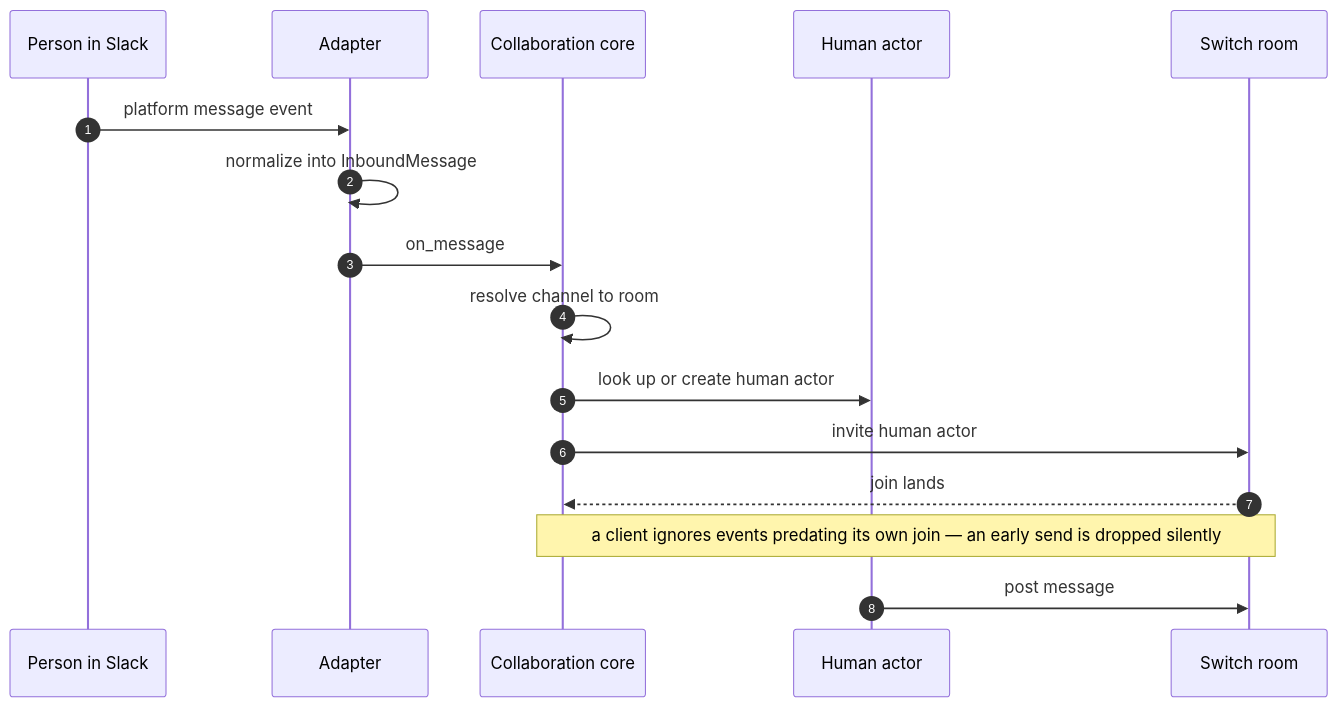
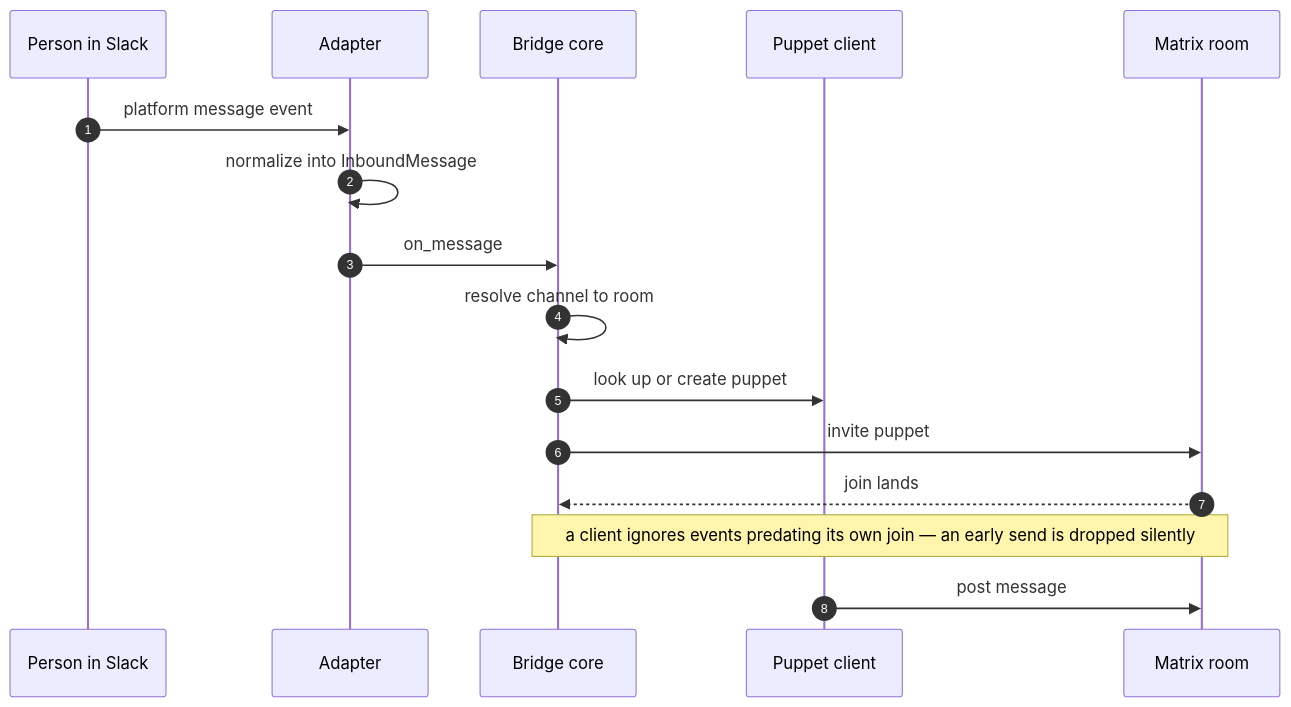
The first of 2 diagrams in docs/official/internals/collaboration-bridge.md (Chris-Willis/switch), drawn with Mermaid before and after one commit. The commit also changed other lines of this file and 9 other files, not shown here.

````diff
--- a/docs/official/internals/collaboration-bridge.md
+++ b/docs/official/internals/collaboration-bridge.md
@@ -156,19 +156,19 @@
 ```mermaid
 %%{init: {'themeVariables': {'fontSize': '13px'}}}%%
 sequenceDiagram
   autonumber
   participant U as Person in Slack
   participant A as Adapter
-  participant B as Collaboration core
-  participant P as Human actor
-  participant R as Switch room
+  participant B as Bridge core
+  participant P as Puppet client
+  participant M as Matrix room
   U->>A: platform message event
   A->>A: normalize into InboundMessage
   A->>B: on_message
   B->>B: resolve channel to room
-  B->>P: look up or create human actor
-  B->>R: invite human actor
-  R-->>B: join lands
-  Note over B,R: a client ignores events predating its own join — an early send is dropped silently
-  P->>R: post message
+  B->>P: look up or create puppet
+  B->>M: invite puppet
+  M-->>B: join lands
+  Note over B,M: a client ignores events predating its own join — an early send is dropped silently
+  P->>M: post message
 ```
````
